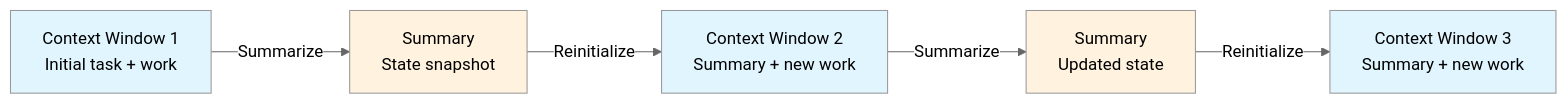
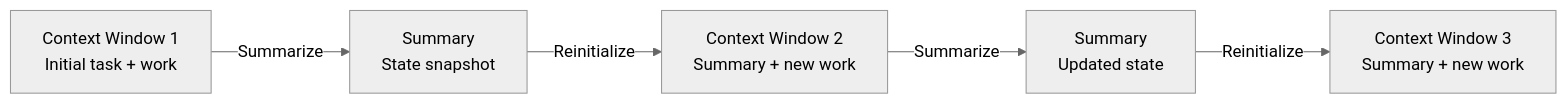
Diagram 13 of 21 in building-effective-agents.md (machinedge/building-effective-agents), drawn with Mermaid (neutral theme) before and after one commit. The commit also changed other lines of this file, not shown here.

Commit message:
removed fill colors in mermaid diagrams

````diff
--- a/building-effective-agents.md
+++ b/building-effective-agents.md
@@ -826,13 +802,7 @@
 ```mermaid
 graph LR
     A["Context Window 1<br/>Initial task + work"] -->|Summarize| B["Summary<br/>State snapshot"]
     B -->|Reinitialize| C["Context Window 2<br/>Summary + new work"]
     C -->|Summarize| D["Summary<br/>Updated state"]
     D -->|Reinitialize| E["Context Window 3<br/>Summary + new work"]
-
-    style A fill:#e1f5ff
-    style C fill:#e1f5ff
-    style E fill:#e1f5ff
-    style B fill:#fff3e0
-    style D fill:#fff3e0
 ```
````
